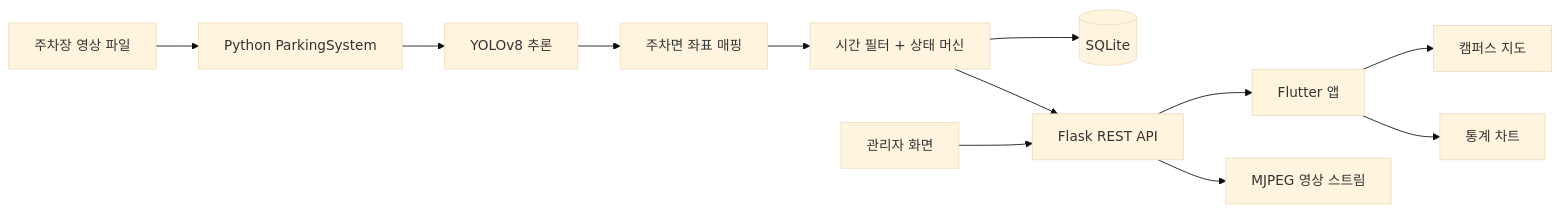
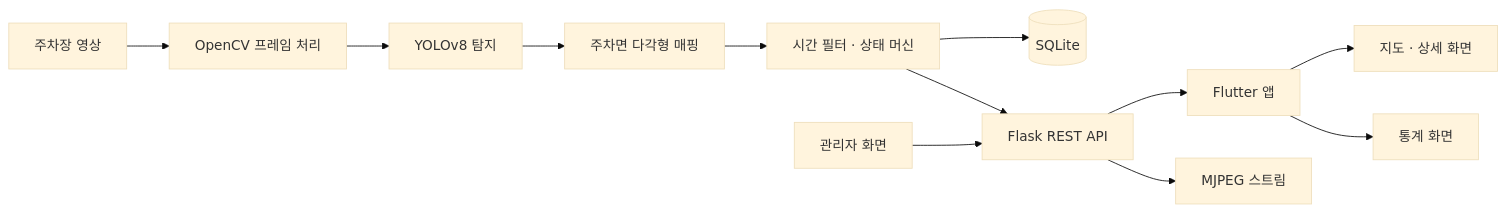
The diagram in README.md (jinsung-mo/binjari-app), drawn with Mermaid (base theme) before and after one commit. The commit also changed other lines of this file and 11 other files, not shown here.

````diff
--- a/README.md
+++ b/README.md
@@ -83,14 +31,14 @@
 ```mermaid
 flowchart LR
-    V[주차장 영상 파일] --> P[Python ParkingSystem]
-    P --> Y[YOLOv8 추론]
-    Y --> M[주차면 좌표 매핑]
-    M --> F[시간 필터 + 상태 머신]
+    V[주차장 영상] --> CV[OpenCV 프레임 처리]
+    CV --> Y[YOLOv8 탐지]
+    Y --> M[주차면 다각형 매핑]
+    M --> F[시간 필터 · 상태 머신]
     F --> DB[(SQLite)]
     F --> API[Flask REST API]
     API --> APP[Flutter 앱]
-    API --> STREAM[MJPEG 영상 스트림]
-    APP --> MAP[캠퍼스 지도]
-    APP --> STAT[통계 차트]
+    API --> STREAM[MJPEG 스트림]
+    APP --> MAP[지도 · 상세 화면]
+    APP --> STAT[통계 화면]
     ADMIN[관리자 화면] --> API
 ```
````
